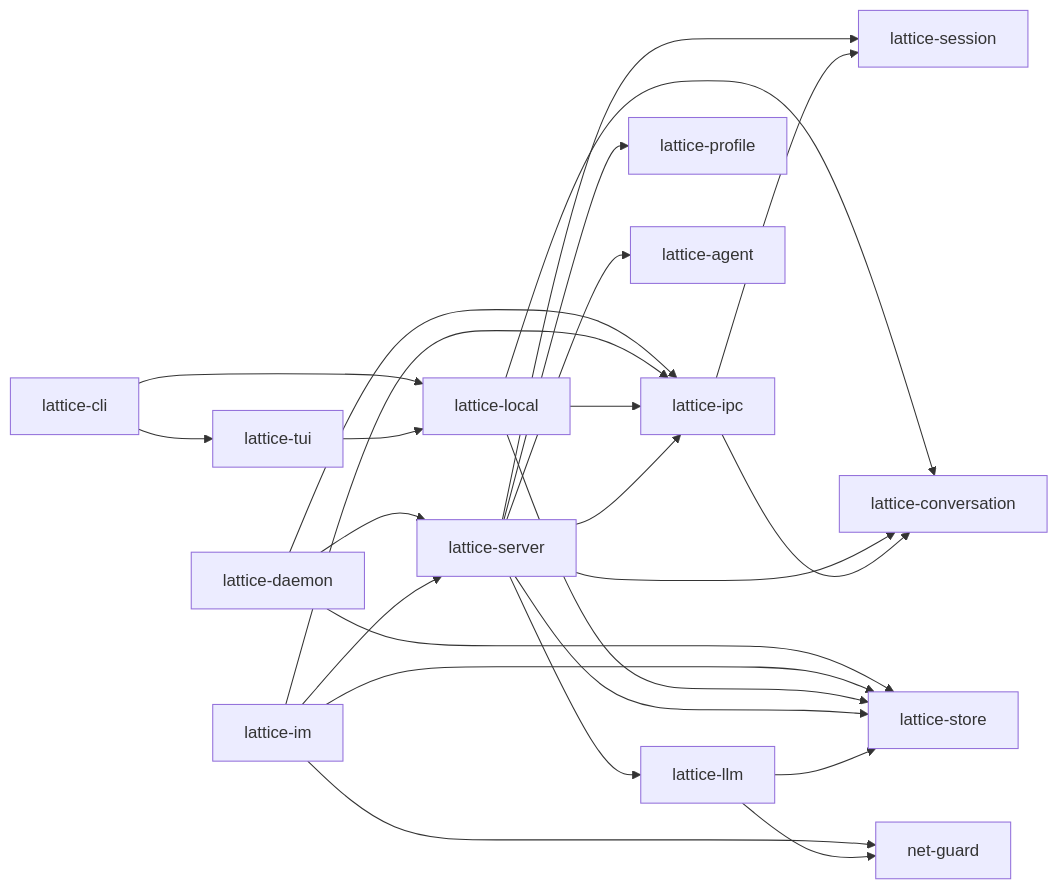
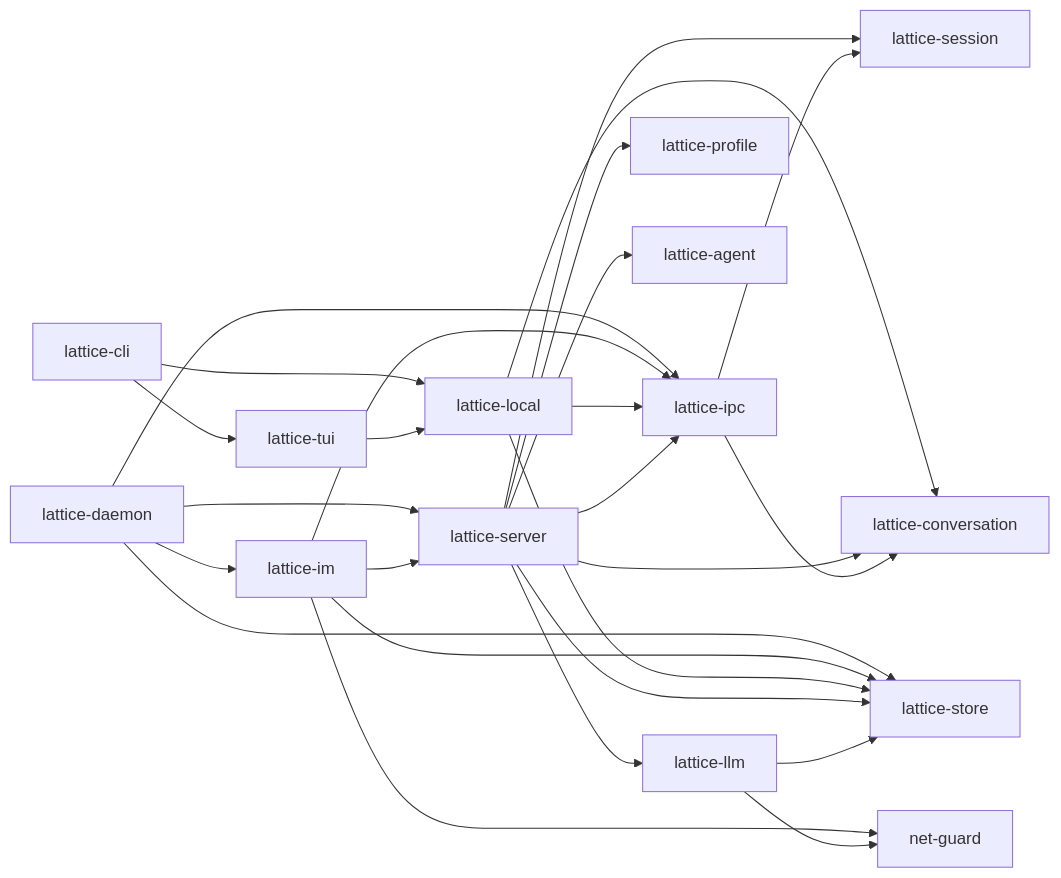
Before and after one commit to Skyline10124/lattice: the diagram in docs/architecture/crates.md, drawn with Mermaid. The commit also changed other lines of this file and 69 other files, not shown here.

````diff
--- a/docs/architecture/crates.md
+++ b/docs/architecture/crates.md
@@ -15,27 +15,28 @@
 ```mermaid
 flowchart LR
     CLI["lattice-cli"] --> TUI["lattice-tui"]
     CLI --> LOCAL["lattice-local"]
     DAEMON["lattice-daemon"] --> SERVER["lattice-server"]
+    DAEMON --> IM["lattice-im"]
     DAEMON --> IPC["lattice-ipc"]
     DAEMON --> STORE["lattice-store"]
-    IM["lattice-im"] --> SERVER
+    IM --> SERVER
     IM --> IPC
     IM --> STORE
     IM --> NET["net-guard"]
     TUI --> LOCAL
     LOCAL --> IPC
     LOCAL --> STORE
     LOCAL --> CONV["lattice-conversation"]
     SERVER --> IPC
     SERVER --> STORE
     SERVER --> LLM["lattice-llm"]
     SERVER --> PROFILE["lattice-profile"]
     SERVER --> AGENT["lattice-agent"]
     SERVER --> SESSION["lattice-session"]
     SERVER --> CONV
     LLM --> STORE
     LLM --> NET
     IPC --> SESSION
     IPC --> CONV
 ```
````
